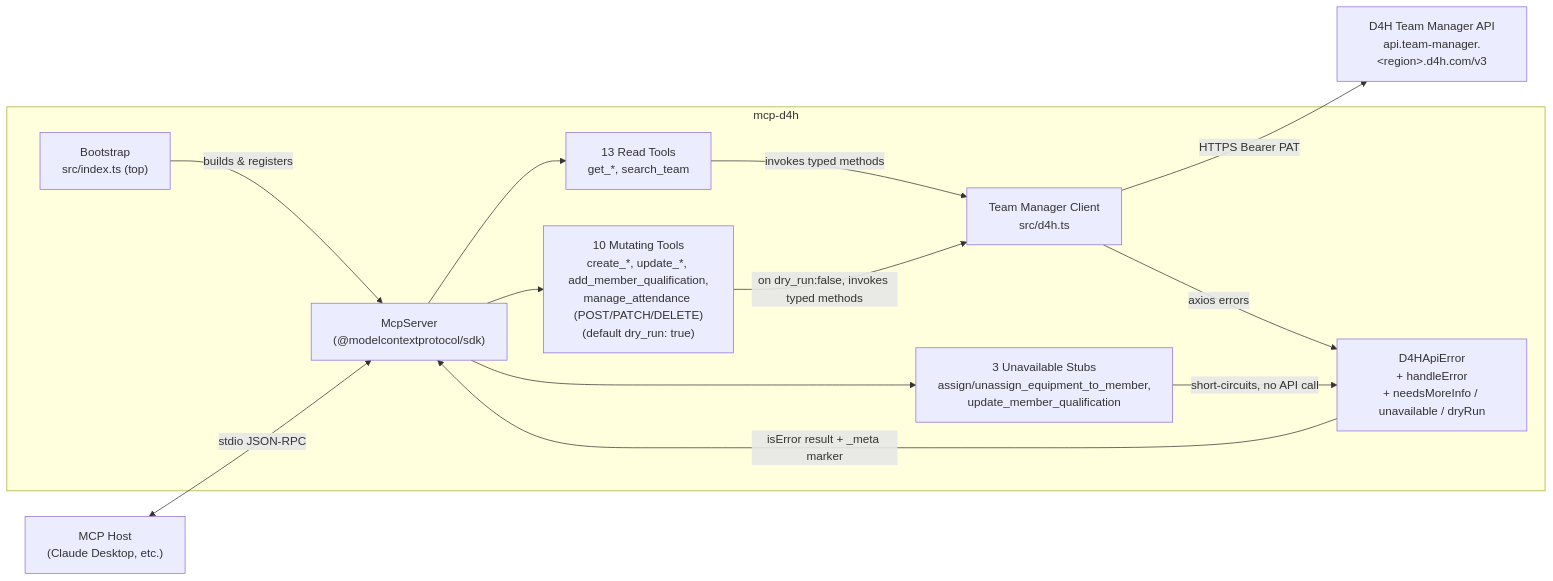
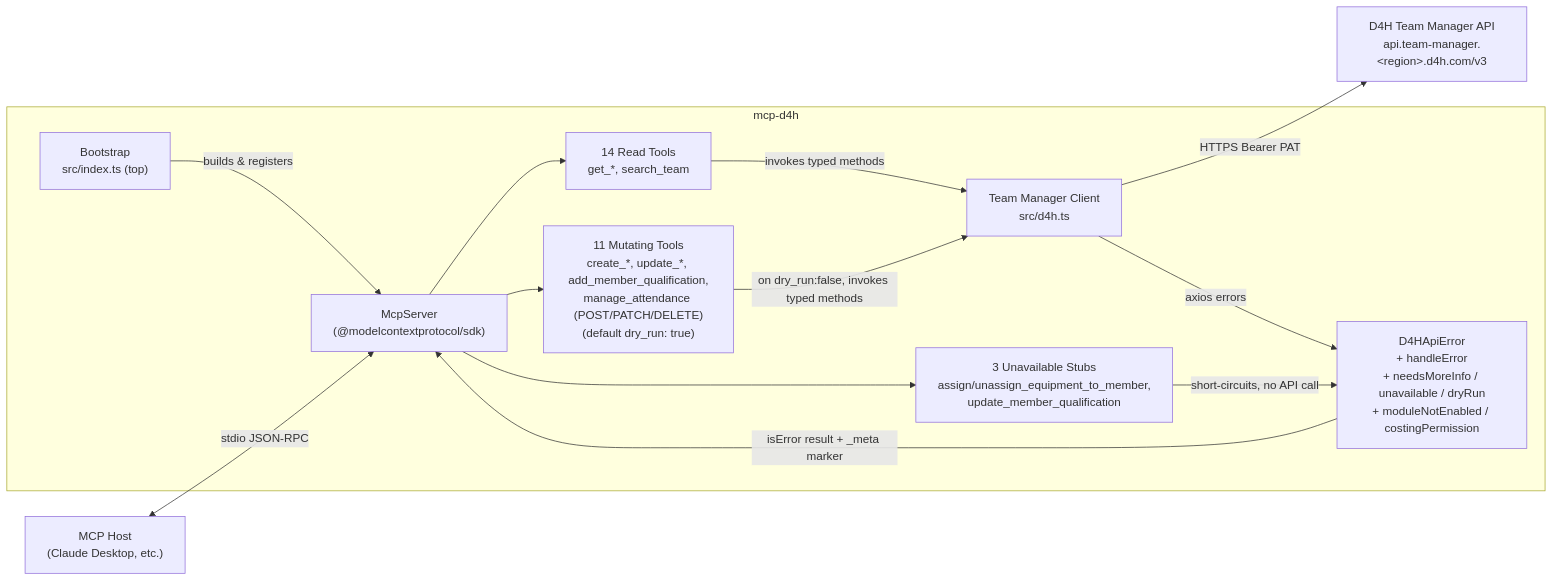
Before and after one commit to gfnord/mcp-d4h: the first of 3 diagrams in docs/architecture.md, drawn with Mermaid. The commit also changed other lines of this file and 6 other files, not shown here.

First line of the commit message:
feat: add equipment-funds tools and clarify costing coverage

````diff
--- a/docs/architecture.md
+++ b/docs/architecture.md
@@ -15,28 +15,28 @@
 ```mermaid
 flowchart LR
     Host["MCP Host<br/>(Claude Desktop, etc.)"]
 
     subgraph mcp-d4h
       Boot["Bootstrap<br/>src/index.ts (top)"]
       Server["McpServer<br/>(@modelcontextprotocol/sdk)"]
-      ReadTools["13 Read Tools<br/>get_*, search_team"]
-      MutTools["10 Mutating Tools<br/>create_*, update_*, add_member_qualification,<br/>manage_attendance (POST/PATCH/DELETE)<br/>(default dry_run: true)"]
+      ReadTools["14 Read Tools<br/>get_*, search_team"]
+      MutTools["11 Mutating Tools<br/>create_*, update_*, add_member_qualification,<br/>manage_attendance (POST/PATCH/DELETE)<br/>(default dry_run: true)"]
       Stubs["3 Unavailable Stubs<br/>assign/unassign_equipment_to_member,<br/>update_member_qualification"]
       Client["Team Manager Client<br/>src/d4h.ts"]
-      ErrModel["D4HApiError<br/>+ handleError<br/>+ needsMoreInfo / unavailable / dryRun"]
+      ErrModel["D4HApiError<br/>+ handleError<br/>+ needsMoreInfo / unavailable / dryRun<br/>+ moduleNotEnabled / costingPermission"]
     end
 
     TM["D4H Team Manager API<br/>api.team-manager.&lt;region&gt;.d4h.com/v3"]
 
     Host <-- stdio JSON-RPC --> Server
     Boot -->|builds & registers| Server
     Server --> ReadTools
     Server --> MutTools
     Server --> Stubs
     ReadTools -->|invokes typed methods| Client
     MutTools -->|on dry_run:false, invokes typed methods| Client
     Stubs -->|short-circuits, no API call| ErrModel
     Client -->|HTTPS Bearer PAT| TM
     Client -->|axios errors| ErrModel
     ErrModel -->|isError result + _meta marker| Server
 ```
````
